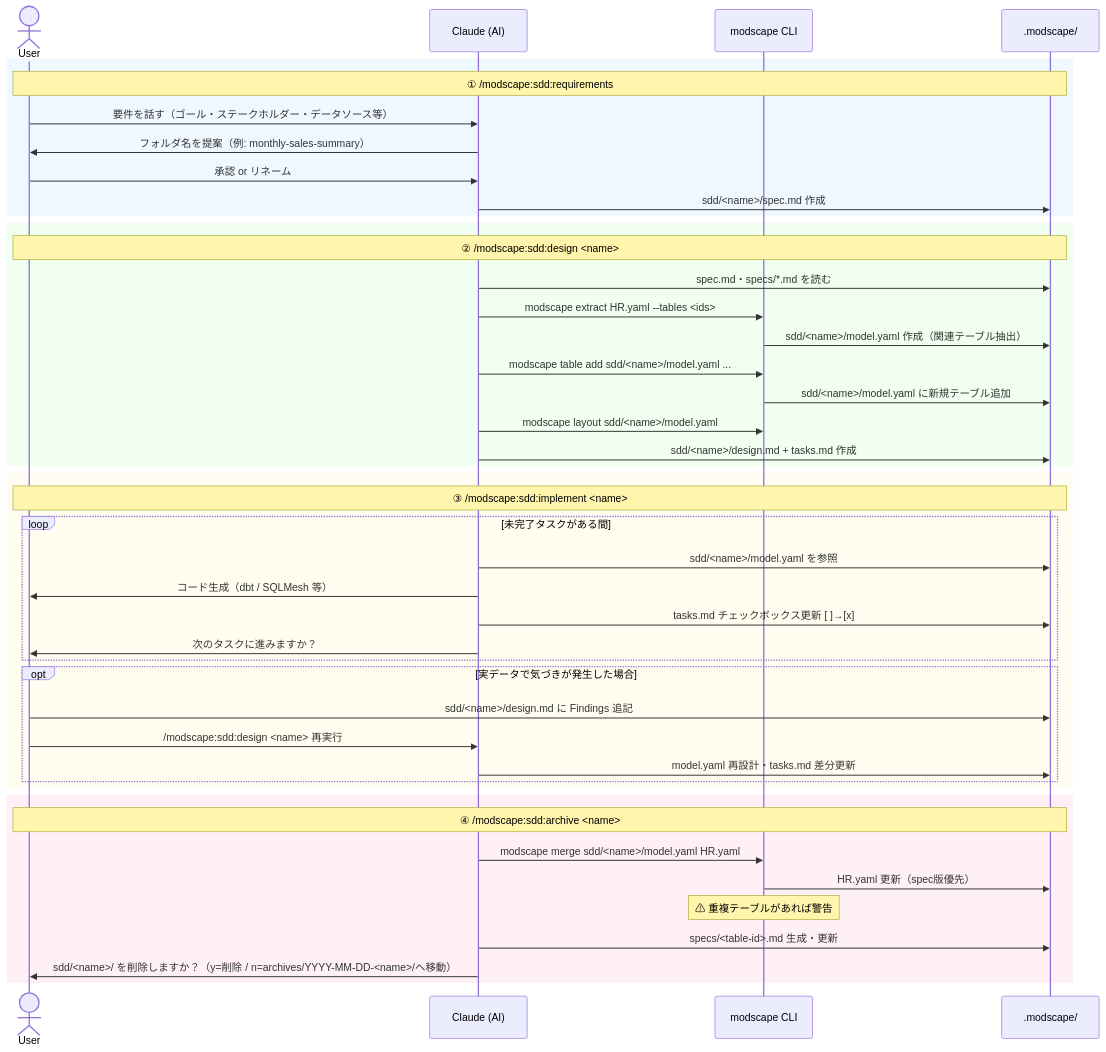
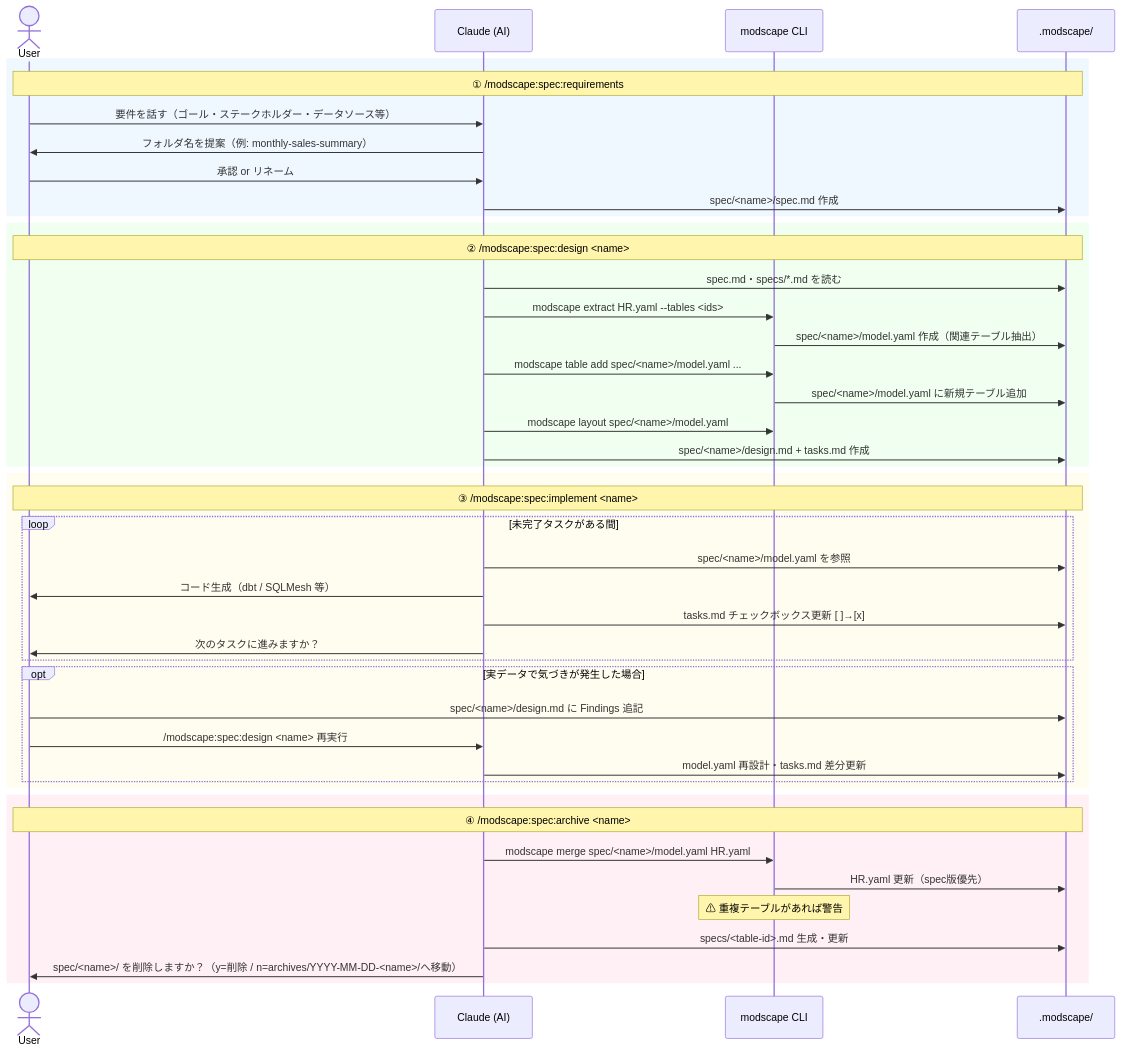
One commit to yujikawa/modscape changed the diagram in README.ja.md. Above: the diagram before and after it, drawn with Mermaid. The commit also changed other lines of this file and 18 other files, not shown here.

````diff
--- a/README.ja.md
+++ b/README.ja.md
@@ -560,50 +560,50 @@
 ```mermaid
 sequenceDiagram
     actor User
     participant AI as Claude (AI)
     participant CLI as modscape CLI
     participant FS as .modscape/
 
     rect rgb(240, 248, 255)
-        Note over User,FS: ① /modscape:sdd:requirements
+        Note over User,FS: ① /modscape:spec:requirements
         User->>AI: 要件を話す（ゴール・ステークホルダー・データソース等）
         AI->>User: フォルダ名を提案（例: monthly-sales-summary）
         User->>AI: 承認 or リネーム
-        AI->>FS: sdd/<name>/spec.md 作成
+        AI->>FS: spec/<name>/spec.md 作成
     end
 
     rect rgb(240, 255, 240)
-        Note over User,FS: ② /modscape:sdd:design <name>
+        Note over User,FS: ② /modscape:spec:design <name>
         AI->>FS: spec.md・specs/*.md を読む
         AI->>CLI: modscape extract HR.yaml --tables <ids>
-        CLI->>FS: sdd/<name>/model.yaml 作成（関連テーブル抽出）
-        AI->>CLI: modscape table add sdd/<name>/model.yaml ...
-        CLI->>FS: sdd/<name>/model.yaml に新規テーブル追加
-        AI->>CLI: modscape layout sdd/<name>/model.yaml
-        AI->>FS: sdd/<name>/design.md + tasks.md 作成
+        CLI->>FS: spec/<name>/model.yaml 作成（関連テーブル抽出）
+        AI->>CLI: modscape table add spec/<name>/model.yaml ...
+        CLI->>FS: spec/<name>/model.yaml に新規テーブル追加
+        AI->>CLI: modscape layout spec/<name>/model.yaml
+        AI->>FS: spec/<name>/design.md + tasks.md 作成
     end
 
     rect rgb(255, 253, 240)
-        Note over User,FS: ③ /modscape:sdd:implement <name>
+        Note over User,FS: ③ /modscape:spec:implement <name>
         loop 未完了タスクがある間
-            AI->>FS: sdd/<name>/model.yaml を参照
+            AI->>FS: spec/<name>/model.yaml を参照
             AI->>User: コード生成（dbt / SQLMesh 等）
             AI->>FS: tasks.md チェックボックス更新 [ ]→[x]
             AI->>User: 次のタスクに進みますか？
         end
         opt 実データで気づきが発生した場合
-            User->>FS: sdd/<name>/design.md に Findings 追記
-            User->>AI: /modscape:sdd:design <name> 再実行
+            User->>FS: spec/<name>/design.md に Findings 追記
+            User->>AI: /modscape:spec:design <name> 再実行
             AI->>FS: model.yaml 再設計・tasks.md 差分更新
         end
     end
 
     rect rgb(255, 240, 245)
-        Note over User,FS: ④ /modscape:sdd:archive <name>
-        AI->>CLI: modscape merge sdd/<name>/model.yaml HR.yaml
+        Note over User,FS: ④ /modscape:spec:archive <name>
+        AI->>CLI: modscape merge spec/<name>/model.yaml HR.yaml
         CLI->>FS: HR.yaml 更新（spec版優先）
         Note over CLI: ⚠ 重複テーブルがあれば警告
         AI->>FS: specs/<table-id>.md 生成・更新
-        AI->>User: sdd/<name>/ を削除しますか？（y=削除 / n=archives/YYYY-MM-DD-<name>/へ移動）
+        AI->>User: spec/<name>/ を削除しますか？（y=削除 / n=archives/YYYY-MM-DD-<name>/へ移動）
     end
 ```
````
